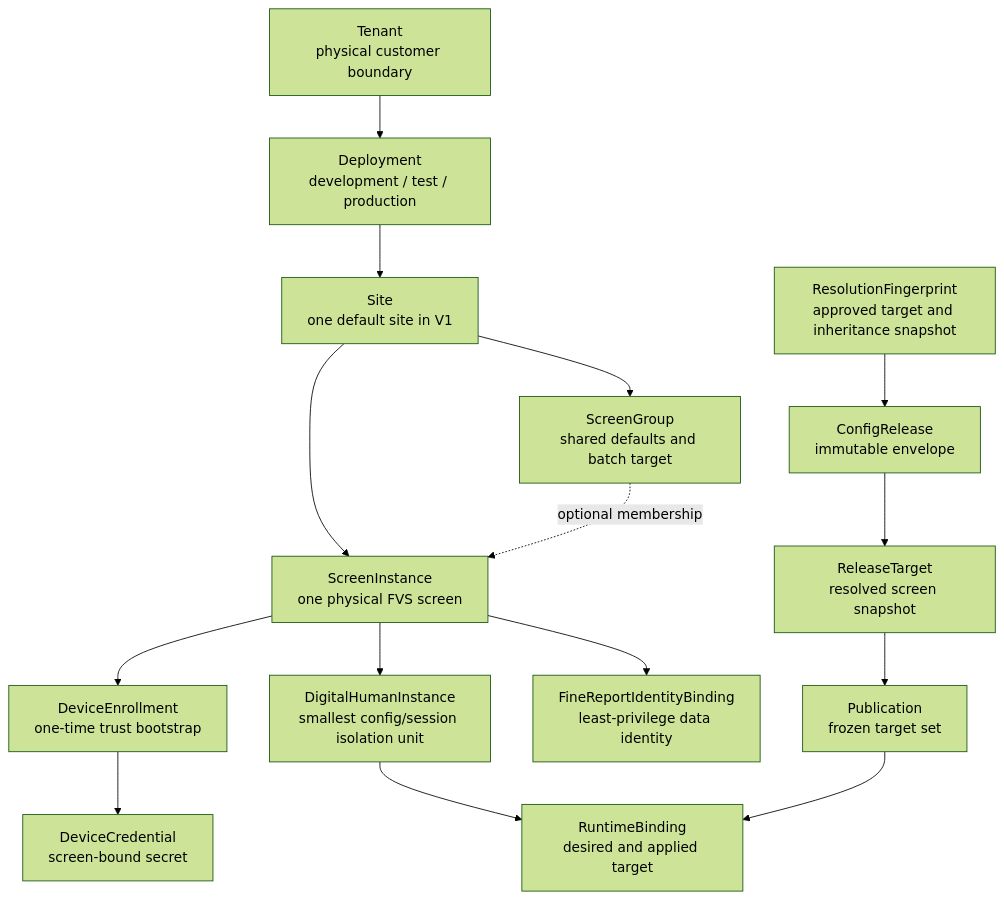
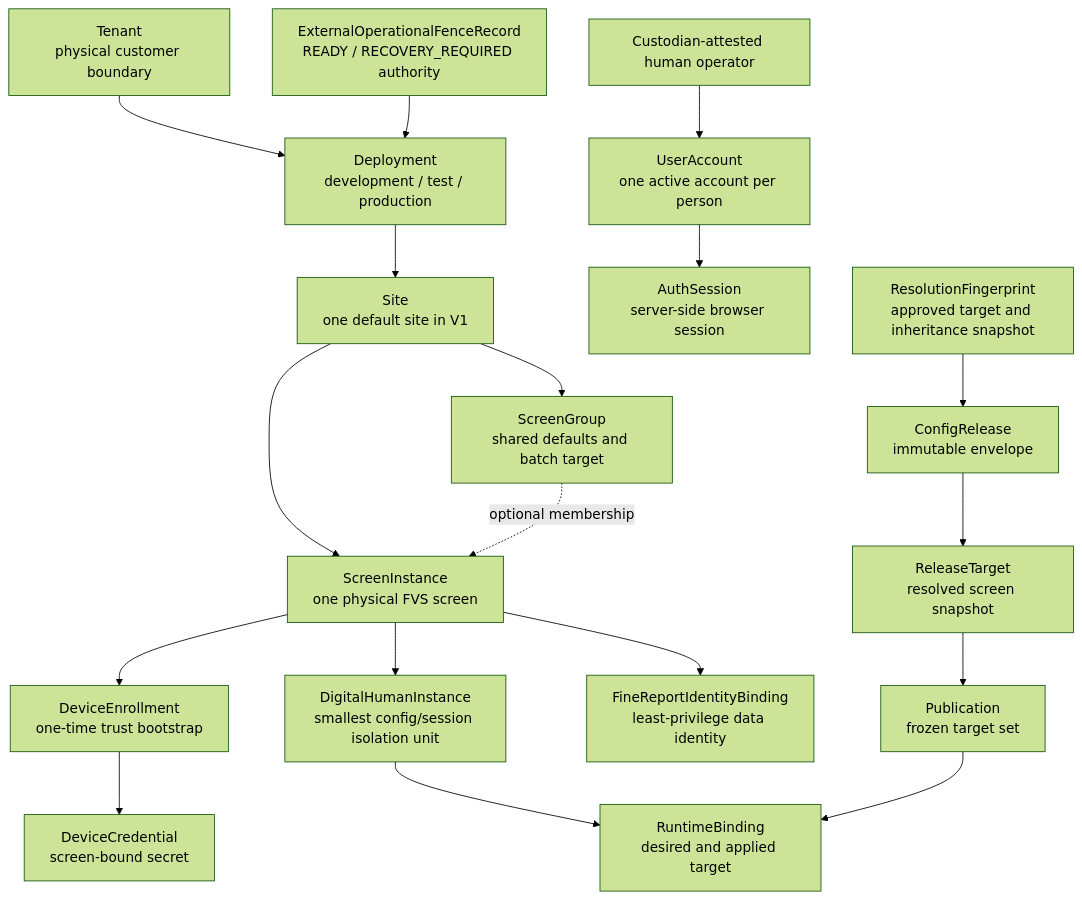
One commit to liuchenxiangCN/shuziren changed the diagram in docs/product/contracts/DOMAIN_MODEL.md. Above: the diagram before and after it, drawn with Mermaid (forest theme). The commit also changed other lines of this file and 14 other files, not shown here.

````diff
--- a/docs/product/contracts/DOMAIN_MODEL.md
+++ b/docs/product/contracts/DOMAIN_MODEL.md
@@ -23,17 +23,20 @@
 ```mermaid
 flowchart TD
     Tenant["Tenant<br/>physical customer boundary"] --> Deployment["Deployment<br/>development / test / production"]
+    Fence["ExternalOperationalFenceRecord<br/>READY / RECOVERY_REQUIRED authority"] --> Deployment
     Deployment --> Site["Site<br/>one default site in V1"]
+    Person["Custodian-attested human operator"] --> User["UserAccount<br/>one active account per person"]
+    User --> Session["AuthSession<br/>server-side browser session"]
     Site --> Group["ScreenGroup<br/>shared defaults and batch target"]
     Site --> Screen["ScreenInstance<br/>one physical FVS screen"]
     Group -. "optional membership" .-> Screen
     Screen --> Enrollment["DeviceEnrollment<br/>one-time trust bootstrap"]
     Enrollment --> Credential["DeviceCredential<br/>screen-bound secret"]
     Screen --> Human["DigitalHumanInstance<br/>smallest config/session isolation unit"]
     Screen --> FrIdentity["FineReportIdentityBinding<br/>least-privilege data identity"]
     Human --> Binding["RuntimeBinding<br/>desired and applied target"]
     Fingerprint["ResolutionFingerprint<br/>approved target and inheritance snapshot"] --> Release["ConfigRelease<br/>immutable envelope"]
     Release --> Target["ReleaseTarget<br/>resolved screen snapshot"]
     Target --> Publication["Publication<br/>frozen target set"]
     Publication --> Binding
 ```
````
